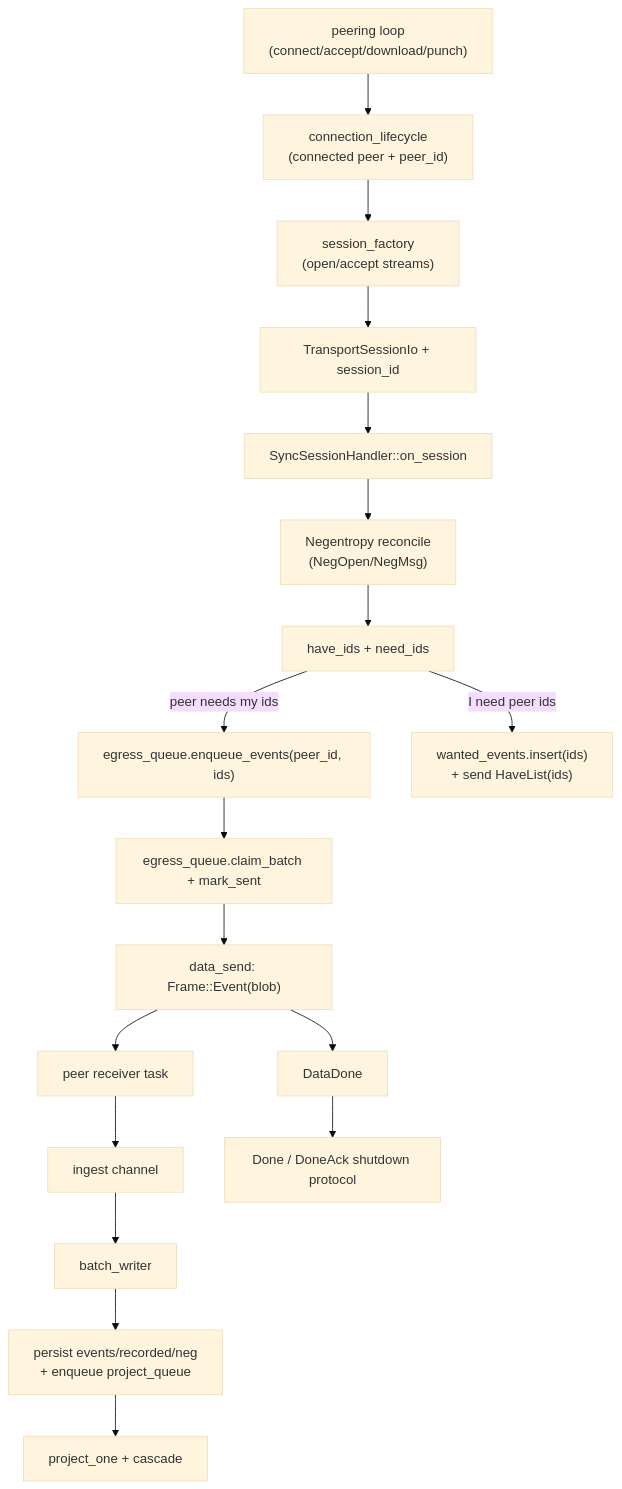
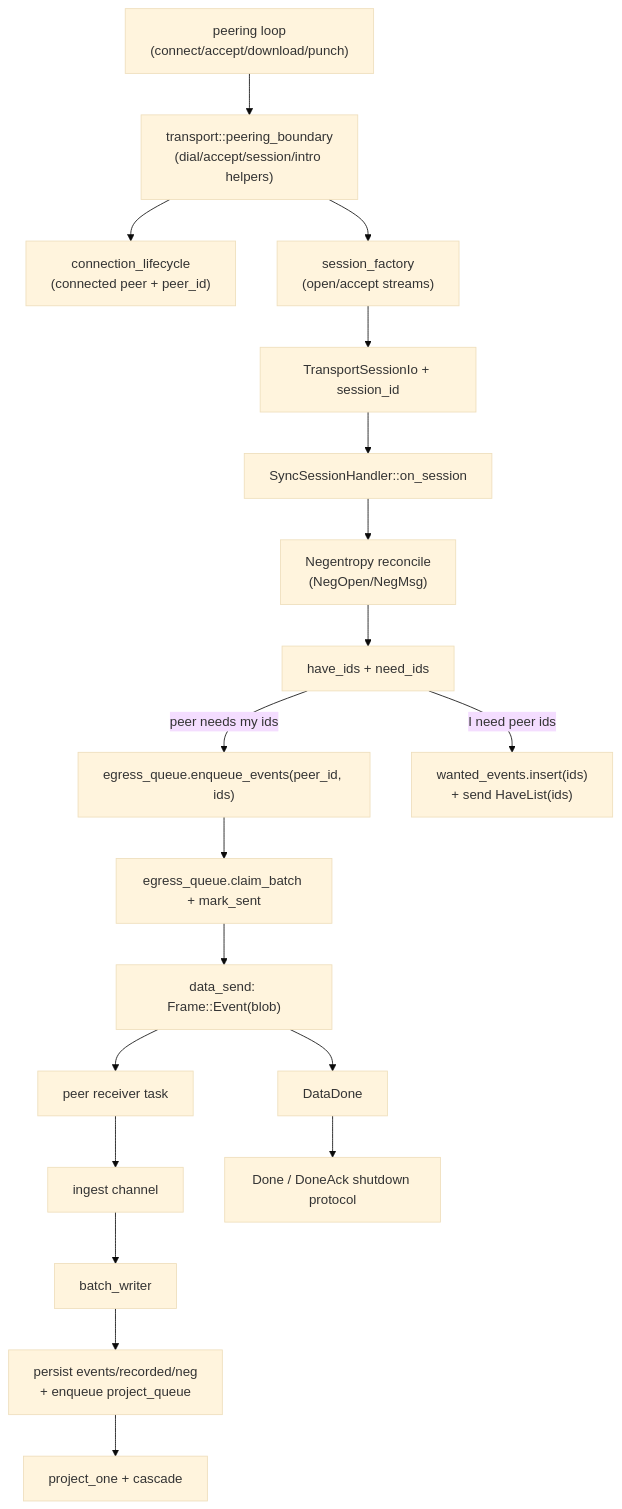
Before and after one commit to holmesworcester/topo: the third of 8 diagrams in docs/CURRENT_RUNTIME_DIAGRAM.md, drawn with Mermaid (base theme). The commit also changed other lines of this file and 1 other file, not shown here.

Commit message:
Update runtime diagram and add peering boundary unit tests

````diff
--- a/docs/CURRENT_RUNTIME_DIAGRAM.md
+++ b/docs/CURRENT_RUNTIME_DIAGRAM.md
@@ -107,25 +109,26 @@
 ```mermaid
 flowchart TD
-    PEER["peering loop\n(connect/accept/download/punch)"] --> LIFE["connection_lifecycle\n(connected peer + peer_id)"]
-    LIFE --> FACT["session_factory\n(open/accept streams)"]
+    PEER["peering loop\n(connect/accept/download/punch)"] --> BOUND["transport::peering_boundary\n(dial/accept/session/intro helpers)"]
+    BOUND --> LIFE["connection_lifecycle\n(connected peer + peer_id)"]
+    BOUND --> FACT["session_factory\n(open/accept streams)"]
     FACT --> IO["TransportSessionIo + session_id"]
     IO --> HANDLER["SyncSessionHandler::on_session"]
 
     HANDLER --> NEG["Negentropy reconcile\n(NegOpen/NegMsg)"]
     NEG --> IDS["have_ids + need_ids"]
 
     IDS -->|peer needs my ids| ENQ["egress_queue.enqueue_events(peer_id, ids)"]
     IDS -->|I need peer ids| HAVE["wanted_events.insert(ids)\n+ send HaveList(ids)"]
 
     ENQ --> CLAIM["egress_queue.claim_batch + mark_sent"]
     CLAIM --> OUT["data_send: Frame::Event(blob)"]
     OUT --> RX["peer receiver task"]
     RX --> IN["ingest channel"]
 
     IN --> WRITER["batch_writer"]
     WRITER --> STORE["persist events/recorded/neg\n+ enqueue project_queue"]
     STORE --> PROJ["project_one + cascade"]
 
     OUT --> DD["DataDone"]
     DD --> SHUT["Done / DoneAck shutdown protocol"]
 ```
````
